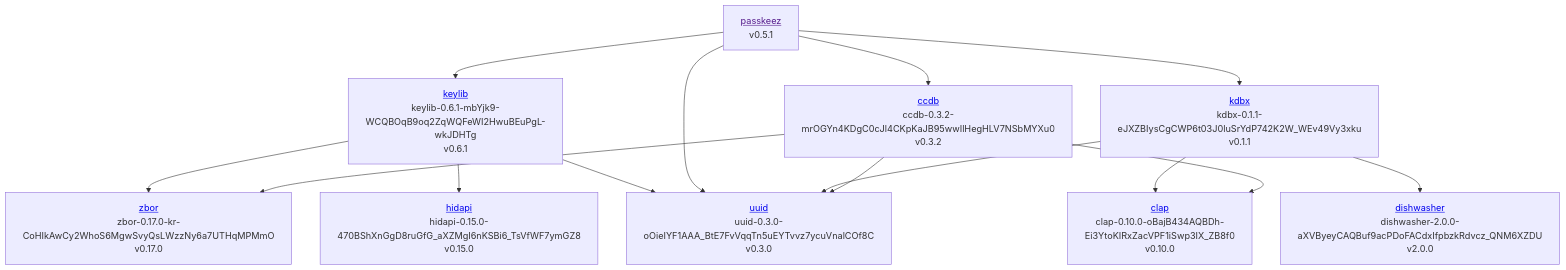
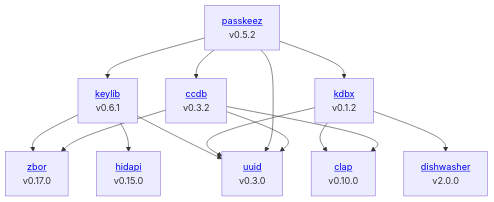
The diagram in README.md (Zig-Sec/zat), drawn with Mermaid before and after one commit. The commit also changed 3 other files, not shown here.

````diff
--- a/README.md
+++ b/README.md
@@ -44,44 +44,35 @@
 ```mermaid
 %%{init: {"flowchart": {"htmlLabels": false}} }%%
 graph TD;
-0x65f99e6f07a316a0["`<a href='https://github.com/Hejsil/zig-clap/archive/refs/tags/0.10.0.tar.gz'>clap</a>
-clap-0.10.0-oBajB434AQBDh-Ei3YtoKIRxZacVPF1iSwp3IX_ZB8f0
+c25aabcf9323b699["`<a href='https://github.com/Zig-Sec/keylib/archive/refs/tags/0.6.1.tar.gz'>keylib</a>
+v0.6.1`"]
+    c25aabcf9323b699 --> 32fbe7d2a082bf92
+    c25aabcf9323b699 --> 274758e14a01bde3
+    c25aabcf9323b699 --> d17f50a6219ee8a0
+8ba83cc904d99578["`<a href='https://github.com/Zig-Sec/kdbx/archive/refs/tags/0.1.2.tar.gz'>kdbx</a>
+v0.1.2`"]
+    8ba83cc904d99578 --> 65f99e6f07a316a0
+    8ba83cc904d99578 --> d17f50a6219ee8a0
+    8ba83cc904d99578 --> 7a7a16eec9417569
+32fbe7d2a082bf92["`<a href='https://github.com/r4gus/zbor/archive/refs/tags/0.17.2.tar.gz'>zbor</a>
+v0.17.0`"]
+7a7a16eec9417569["`<a href='https://github.com/edqx/dishwasher/archive/refs/tags/1.0.7.tar.gz'>dishwasher</a>
+v2.0.0`"]
+274758e14a01bde3["`<a href='https://github.com/r4gus/hidapi/archive/refs/tags/0.15.0.tar.gz'>hidapi</a>
+v0.15.0`"]
+dd1692d15d21a6f6["`<a href='git@github.com:Zig-Sec/PassKeeZ.git'>passkeez</a>
+v0.5.2`"]
+    dd1692d15d21a6f6 --> c25aabcf9323b699
+    dd1692d15d21a6f6 --> 8ba83cc904d99578
+    dd1692d15d21a6f6 --> d17f50a6219ee8a0
+    dd1692d15d21a6f6 --> e06b5c5f6286b39a
+65f99e6f07a316a0["`<a href='https://github.com/Hejsil/zig-clap/archive/refs/tags/0.10.0.tar.gz'>clap</a>
 v0.10.0`"]
-0xc25aabcf9323b699["`<a href='https://github.com/Zig-Sec/keylib/archive/refs/tags/0.6.1.tar.gz'>keylib</a>
-keylib-0.6.1-mbYjk9-WCQBOqB9oq2ZqWQFeWI2HwuBEuPgL-wkJDHTg
-v0.6.1`"]
-    0xc25aabcf9323b699 --> 0x32fbe7d2a082bf92
-    0xc25aabcf9323b699 --> 0x274758e14a01bde3
-    0xc25aabcf9323b699 --> 0xd17f50a6219ee8a0
-0x0["`<a href=''>passkeez</a>
-
-v0.5.1`"]
-    0x0 --> 0xc25aabcf9323b699
-    0x0 --> 0x8ba83cc904d99578
-    0x0 --> 0xd17f50a6219ee8a0
-    0x0 --> 0xe06b5c5f6286b39a
-0x8ba83cc904d99578["`<a href='https://github.com/Zig-Sec/kdbx/archive/refs/tags/0.1.1.tar.gz'>kdbx</a>
-kdbx-0.1.1-eJXZBIysCgCWP6t03J0luSrYdP742K2W_WEv49Vy3xku
-v0.1.1`"]
-    0x8ba83cc904d99578 --> 0x65f99e6f07a316a0
-    0x8ba83cc904d99578 --> 0xd17f50a6219ee8a0
-    0x8ba83cc904d99578 --> 0x7a7a16eec9417569
-0xd17f50a6219ee8a0["`<a href='https://github.com/r4gus/uuid-zig/archive/refs/tags/0.3.1.tar.gz'>uuid</a>
-uuid-0.3.0-oOieIYF1AAA_BtE7FvVqqTn5uEYTvvz7ycuVnalCOf8C
+e06b5c5f6286b39a["`<a href='https://github.com/r4gus/ccdb/archive/refs/tags/0.3.1.tar.gz'>ccdb</a>
+v0.3.2`"]
+    e06b5c5f6286b39a --> 32fbe7d2a082bf92
+    e06b5c5f6286b39a --> d17f50a6219ee8a0
+    e06b5c5f6286b39a --> 65f99e6f07a316a0
+d17f50a6219ee8a0["`<a href='https://github.com/r4gus/uuid-zig/archive/refs/tags/0.3.1.tar.gz'>uuid</a>
 v0.3.0`"]
-0x32fbe7d2a082bf92["`<a href='https://github.com/r4gus/zbor/archive/refs/tags/0.17.2.tar.gz'>zbor</a>
-zbor-0.17.0-kr-CoHIkAwCy2WhoS6MgwSvyQsLWzzNy6a7UTHqMPMmO
-v0.17.0`"]
-0x7a7a16eec9417569["`<a href='https://github.com/edqx/dishwasher/archive/refs/tags/1.0.7.tar.gz'>dishwasher</a>
-dishwasher-2.0.0-aXVByeyCAQBuf9acPDoFACdxIfpbzkRdvcz_QNM6XZDU
-v2.0.0`"]
-0xe06b5c5f6286b39a["`<a href='https://github.com/r4gus/ccdb/archive/refs/tags/0.3.1.tar.gz'>ccdb</a>
-ccdb-0.3.2-mrOGYn4KDgC0cJl4CKpKaJB95wwIlHegHLV7NSbMYXu0
-v0.3.2`"]
-    0xe06b5c5f6286b39a --> 0x32fbe7d2a082bf92
-    0xe06b5c5f6286b39a --> 0xd17f50a6219ee8a0
-    0xe06b5c5f6286b39a --> 0x65f99e6f07a316a0
-0x274758e14a01bde3["`<a href='https://github.com/r4gus/hidapi/archive/refs/tags/0.15.0.tar.gz'>hidapi</a>
-hidapi-0.15.0-470BShXnGgD8ruGfG_aXZMgI6nKSBi6_TsVfWF7ymGZ8
-v0.15.0`"]
 ```
````
